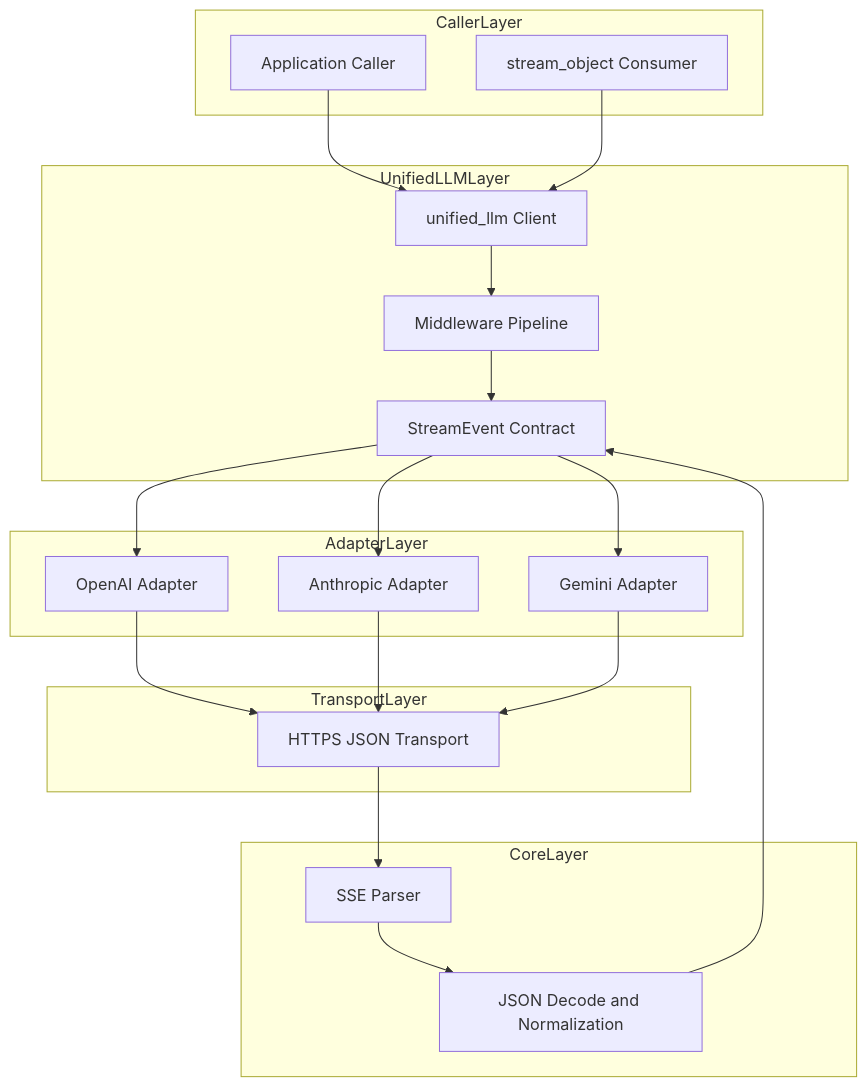
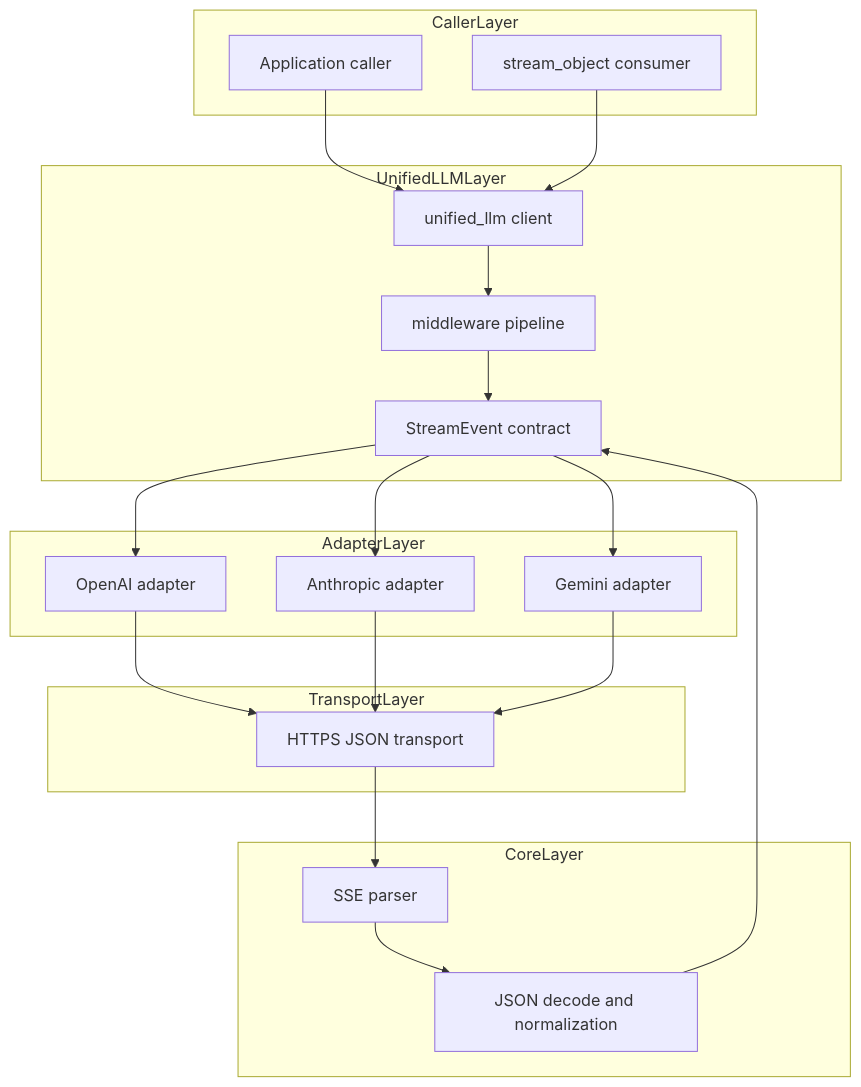
One commit to jaytaylor/attractor-tcl changed the fifth of 5 diagrams in docs/sprints/SPRINT-005-comprehensive-implementation-plan.md. Above: the diagram before and after it, drawn with Mermaid. The commit also changed other lines of this file, not shown here.

````diff
--- a/docs/sprints/SPRINT-005-comprehensive-implementation-plan.md
+++ b/docs/sprints/SPRINT-005-comprehensive-implementation-plan.md
@@ -942,42 +509,42 @@
 ```mermaid
 flowchart TB
   subgraph CallerLayer
-    CALLER[Application Caller]
-    STREAMOBJ[stream_object Consumer]
+    CALLER[Application caller]
+    STREAMOBJ[stream_object consumer]
   end
 
   subgraph UnifiedLLMLayer
-    CLIENT[unified_llm Client]
-    MW[Middleware Pipeline]
-    EVENTMODEL[StreamEvent Contract]
+    CLIENT[unified_llm client]
+    MW[middleware pipeline]
+    EVENTMODEL[StreamEvent contract]
   end
 
   subgraph AdapterLayer
-    OA[OpenAI Adapter]
-    AN[Anthropic Adapter]
-    GE[Gemini Adapter]
+    OA[OpenAI adapter]
+    AN[Anthropic adapter]
+    GE[Gemini adapter]
   end
 
   subgraph CoreLayer
-    SSE[SSE Parser]
-    JSON[JSON Decode and Normalization]
+    SSE[SSE parser]
+    JSON[JSON decode and normalization]
   end
 
   subgraph TransportLayer
-    HTTP[HTTPS JSON Transport]
+    HTTP[HTTPS JSON transport]
   end
 
   CALLER --> CLIENT
   STREAMOBJ --> CLIENT
   CLIENT --> MW
   MW --> EVENTMODEL
   EVENTMODEL --> OA
   EVENTMODEL --> AN
   EVENTMODEL --> GE
   OA --> HTTP
   AN --> HTTP
   GE --> HTTP
   HTTP --> SSE
   SSE --> JSON
   JSON --> EVENTMODEL
 ```
````
